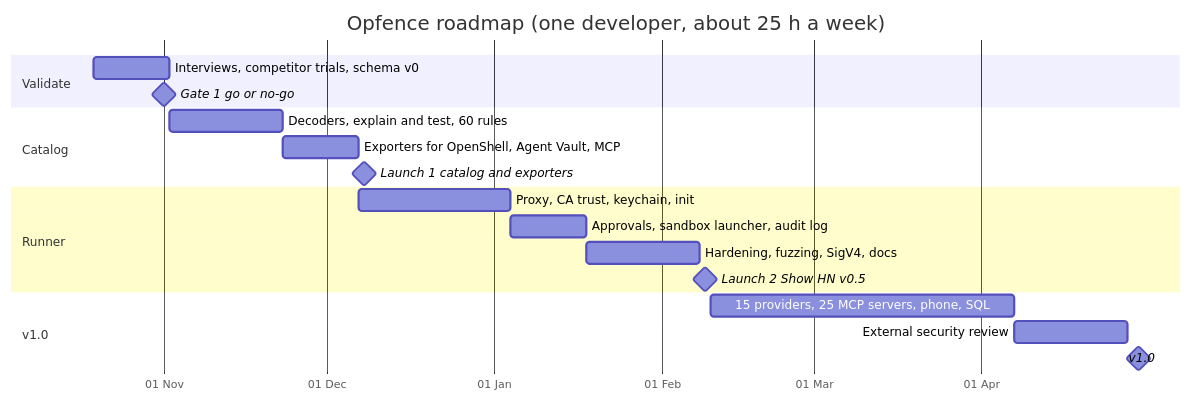
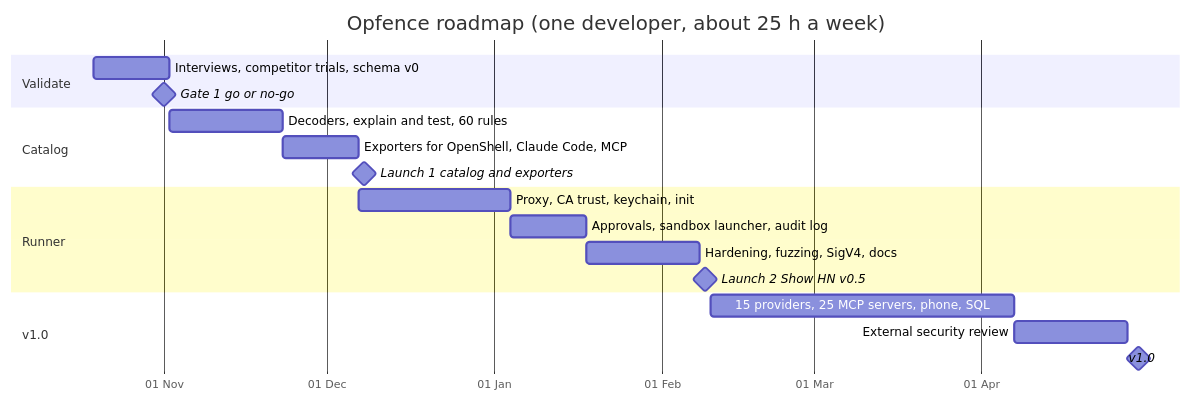
One commit to rakeshnitb23/opfence changed the third of 3 diagrams in docs/PLAN.md. Above: the diagram before and after it, drawn with Mermaid. The commit also changed other lines of this file, not shown here.

Commit message:
Record decisions: single repo until Launch 1, drop Agent Vault exporter

````diff
--- a/docs/PLAN.md
+++ b/docs/PLAN.md
@@ -388,22 +388,22 @@
 ```mermaid
 gantt
   title Opfence roadmap (one developer, about 25 h a week)
   dateFormat YYYY-MM-DD
   axisFormat %d %b
   section Validate
   Interviews, competitor trials, schema v0        :a1, 2026-10-19, 14d
   Gate 1 go or no-go                              :milestone, g1, 2026-11-01, 0d
   section Catalog
   Decoders, explain and test, 60 rules            :a2, 2026-11-02, 21d
-  Exporters for OpenShell, Agent Vault, MCP       :a3, 2026-11-23, 14d
+  Exporters for OpenShell, Claude Code, MCP       :a3, 2026-11-23, 14d
   Launch 1 catalog and exporters                  :milestone, l1, 2026-12-08, 0d
   section Runner
   Proxy, CA trust, keychain, init                 :a4, 2026-12-07, 28d
   Approvals, sandbox launcher, audit log          :a5, 2027-01-04, 14d
   Hardening, fuzzing, SigV4, docs                 :a6, 2027-01-18, 21d
   Launch 2 Show HN v0.5                           :milestone, l2, 2027-02-09, 0d
   section v1.0
   15 providers, 25 MCP servers, phone, SQL        :a7, 2027-02-10, 56d
   External security review                        :a8, 2027-04-07, 21d
   v1.0                                            :milestone, v1, 2027-04-30, 0d
 ```
````
